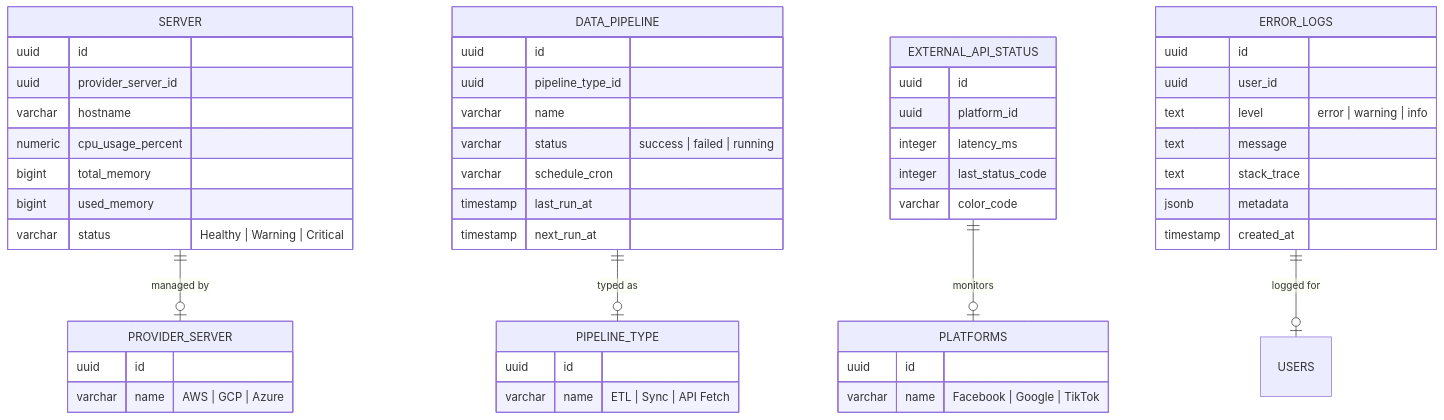
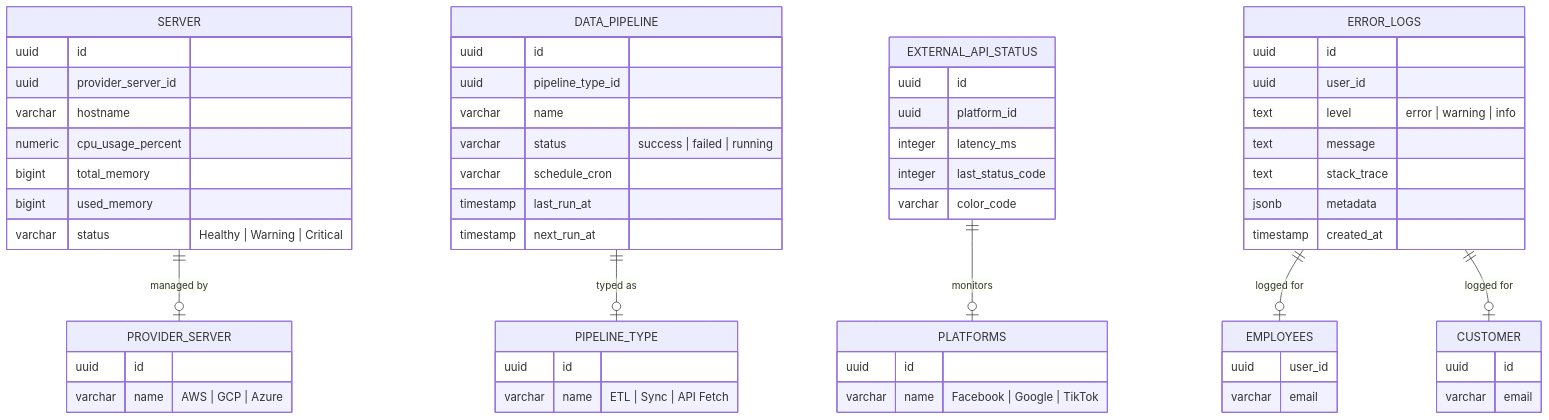
The diagram in monitor_system_health_schema.md (Nokpednam/buzzly-marketing-platform), drawn with Mermaid before and after one commit. The commit also changed other lines of this file and 8 other files, not shown here.

````diff
--- a/monitor_system_health_schema.md
+++ b/monitor_system_health_schema.md
@@ -75,60 +89,71 @@
 ```mermaid
 erDiagram
     SERVER ||--o| PROVIDER_SERVER : "managed by"
     DATA_PIPELINE ||--o| PIPELINE_TYPE : "typed as"
     EXTERNAL_API_STATUS ||--o| PLATFORMS : "monitors"
-    ERROR_LOGS ||--o| USERS : "logged for"
+    ERROR_LOGS ||--o| EMPLOYEES : "logged for"
+    ERROR_LOGS ||--o| CUSTOMER : "logged for"
     
     SERVER {
         uuid id
         uuid provider_server_id
         varchar hostname
         numeric cpu_usage_percent
         bigint total_memory
         bigint used_memory
         varchar status "Healthy | Warning | Critical"
     }
     
     DATA_PIPELINE {
         uuid id
         uuid pipeline_type_id
         varchar name
         varchar status "success | failed | running"
         varchar schedule_cron
         timestamp last_run_at
         timestamp next_run_at
     }
     
     EXTERNAL_API_STATUS {
         uuid id
         uuid platform_id
         integer latency_ms
         integer last_status_code
         varchar color_code
     }
 
     ERROR_LOGS {
         uuid id
         uuid user_id
         text level "error | warning | info"
         text message
         text stack_trace
         jsonb metadata
         timestamp created_at
     }
     
+    EMPLOYEES {
+        uuid user_id
+        varchar email
+    }
+
+    CUSTOMER {
+        uuid id
+        varchar email
+    }
+
     PROVIDER_SERVER {
         uuid id
         varchar name "AWS | GCP | Azure"
     }
 
     PLATFORMS {
         uuid id
         varchar name "Facebook | Google | TikTok"
     }
 
     PIPELINE_TYPE {
         uuid id
         varchar name "ETL | Sync | API Fetch"
     }
 ```
````
